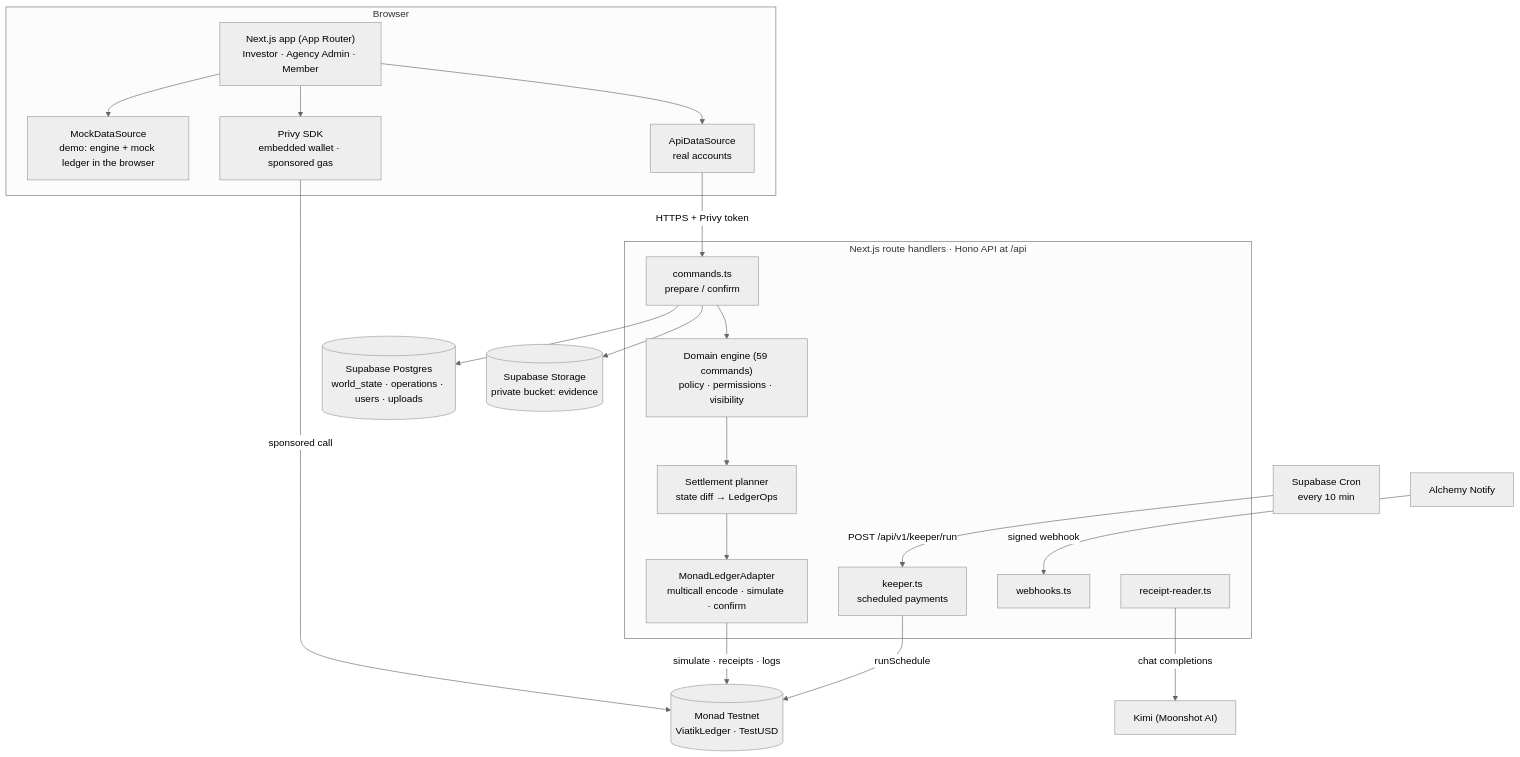
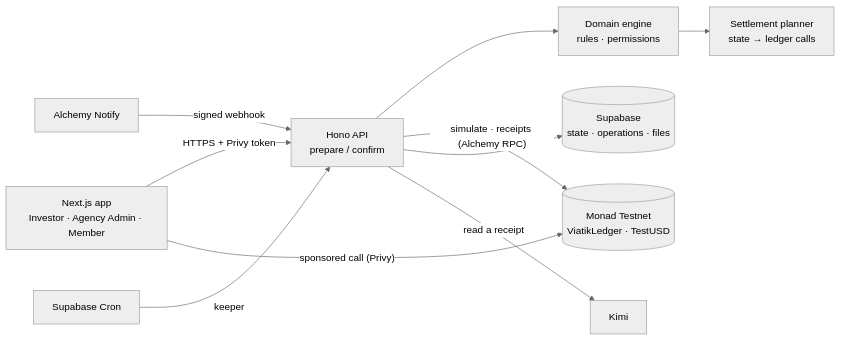
The diagram in README.md (Jennimar17/viatik--monad), drawn with Mermaid (neutral theme) before and after one commit. The commit also changed other lines of this file, not shown here.

````diff
--- a/README.md
+++ b/README.md
@@ -214,33 +86,11 @@
 ```mermaid
-flowchart TB
-  subgraph Browser
-    UI["Next.js app (App Router)<br/>Investor · Agency Admin · Member"]
-    MDS["MockDataSource<br/>demo: engine + mock ledger in the browser"]
-    ADS["ApiDataSource<br/>real accounts"]
-    PRV["Privy SDK<br/>embedded wallet · sponsored gas"]
-    UI --> MDS
-    UI --> ADS
-    UI --> PRV
-  end
-
-  subgraph Server["Next.js route handlers · Hono API at /api"]
-    CMD["commands.ts<br/>prepare / confirm"]
-    ENG["Domain engine (59 commands)<br/>policy · permissions · visibility"]
-    PLAN["Settlement planner<br/>state diff → LedgerOps"]
-    LED["MonadLedgerAdapter<br/>multicall encode · simulate · confirm"]
-    KEEP["keeper.ts<br/>scheduled payments"]
-    HOOK["webhooks.ts"]
-    READ["receipt-reader.ts"]
-    CMD --> ENG --> PLAN --> LED
-  end
-
-  ADS -- "HTTPS + Privy token" --> CMD
-  PRV -- "sponsored call" --> MON[("Monad Testnet<br/>ViatikLedger · TestUSD")]
-  LED -- "simulate · receipts · logs" --> MON
-  KEEP -- "runSchedule" --> MON
-  CMD --> PG[("Supabase Postgres<br/>world_state · operations · users · uploads")]
-  CMD --> ST[("Supabase Storage<br/>private bucket: evidence")]
-  CRON["Supabase Cron<br/>every 10 min"] -- "POST /api/v1/keeper/run" --> KEEP
-  ALC["Alchemy Notify"] -- "signed webhook" --> HOOK
-  READ -- "chat completions" --> KIMI["Kimi (Moonshot AI)"]
+flowchart LR
+  UI["Next.js app<br/>Investor · Agency Admin · Member"] -- "HTTPS + Privy token" --> API["Hono API<br/>prepare / confirm"]
+  API --> ENG["Domain engine<br/>rules · permissions"] --> PLAN["Settlement planner<br/>state → ledger calls"]
+  API -- "simulate · receipts (Alchemy RPC)" --> MON[("Monad Testnet<br/>ViatikLedger · TestUSD")]
+  UI -- "sponsored call (Privy)" --> MON
+  API --> DB[("Supabase<br/>state · operations · files")]
+  ALC["Alchemy Notify"] -- "signed webhook" --> API
+  API -- "read a receipt" --> KIMI["Kimi"]
+  CRON["Supabase Cron"] -- "keeper" --> API
 ```
````
